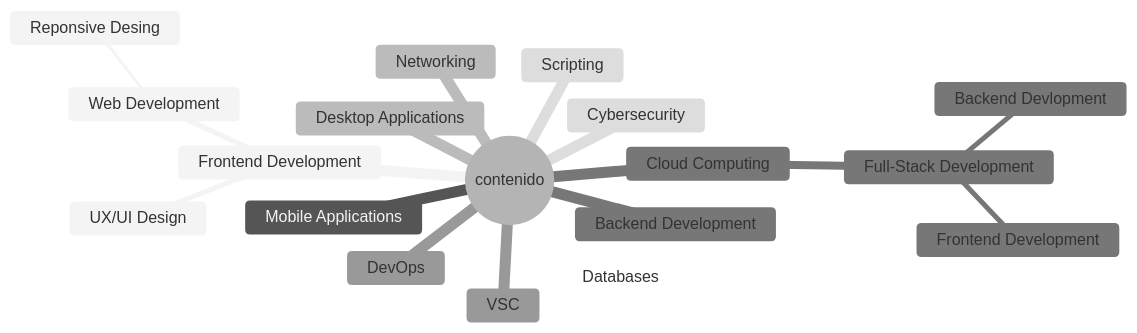
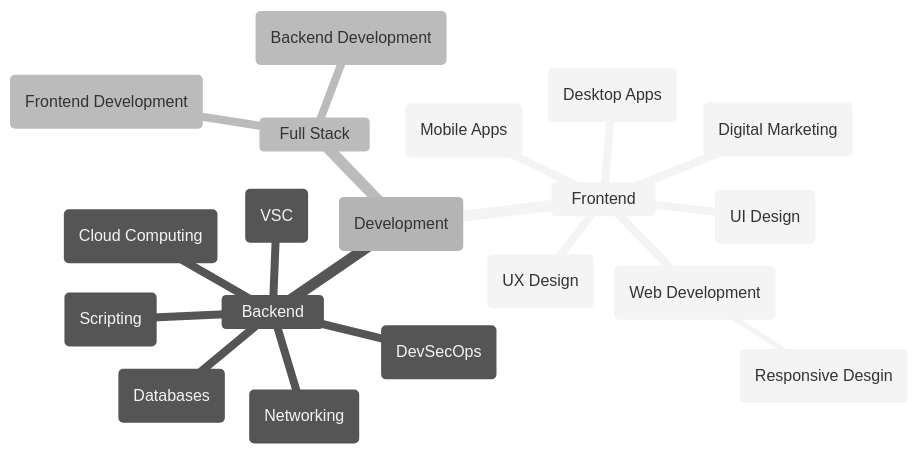
Before and after one commit to Azriel1909/Pink-academy: the diagram in README.md, drawn with Mermaid. The commit also changed other lines of this file, not shown here.

````diff
--- a/README.md
+++ b/README.md
@@ -6,22 +8,23 @@
 ```mermaid
 %%{init: {'theme':'neutral'}}%%
 mindmap
-  root((contenido))
-    Frontend Development
-      UX/UI Design
-      Web Development
-	      Reponsive Desing
-	  	Mobile Applications
-	  	Desktop Applications
-    Backend Development
-			VSC
-			Scripting
-			Databases
-			Cybersecurity
-			Networking
-			DevOps
-			Cloud Computing
-    Full-Stack Development
-      Frontend Development
-      Backend Devlopment
+root (Development)
+	Frontend 
+		(UX Design)
+		(UI Design)
+		(Digital Marketing)
+		(Mobile Apps)
+		(Desktop Apps)
+		(Web Development)
+			(Responsive Desgin)
+	Backend 
+		(VSC)
+		(Scripting)
+		(Databases)
+		(DevSecOps)
+		(Networking)
+		(Cloud Computing)
+	Full Stack 
+		(Frontend Development)
+		(Backend Development)
 ```
````
